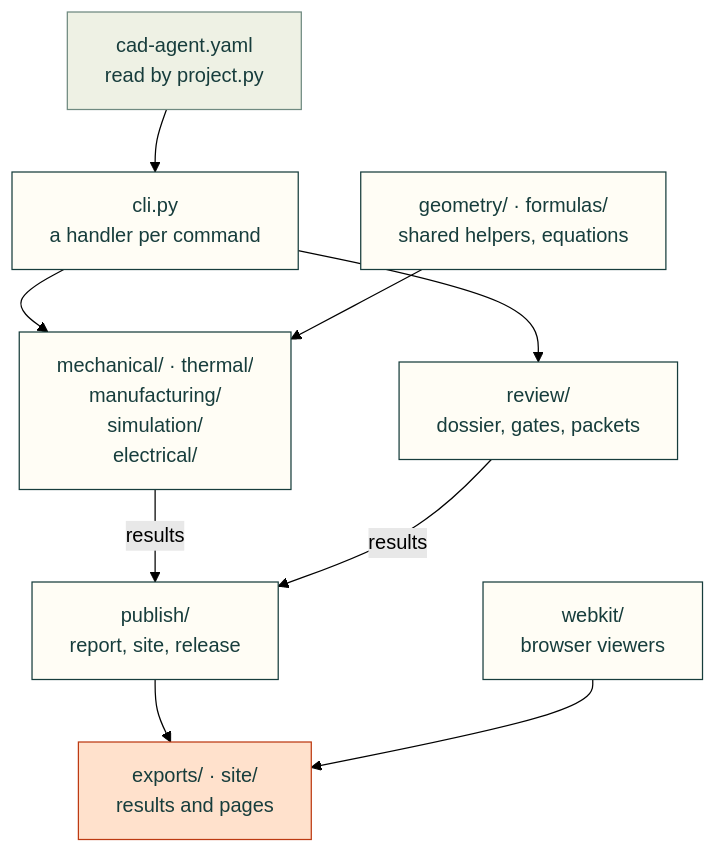
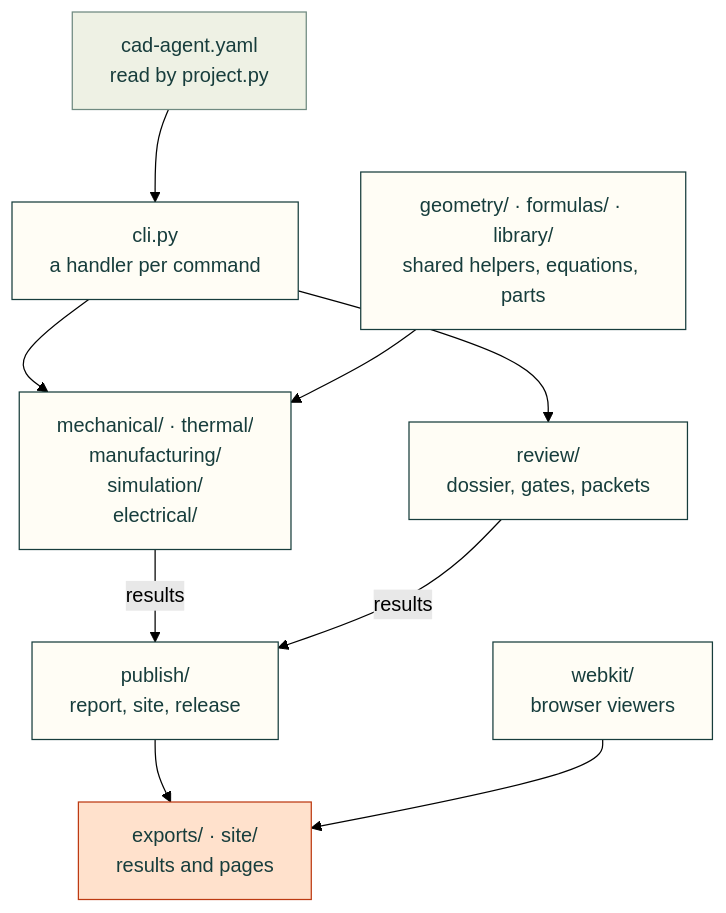
The diagram in src/cadagent/README.md (Valpatel/cad-agent), drawn with Mermaid (forest theme) before and after one commit. The commit also changed other lines of this file and 21 other files, not shown here.

First line of the commit message:
Parts library: KiCad footprints and CadQuery bodies from datasheets, model audit, registration (#287)

````diff
--- a/src/cadagent/README.md
+++ b/src/cadagent/README.md
@@ -12,16 +12,16 @@
 ```mermaid
 flowchart TD
     Y["cad-agent.yaml<br/>read by project.py"] --> CLI["cli.py<br/>a handler per command"]
-    Y ~~~ G["geometry/ · formulas/<br/>shared helpers, equations"]
+    Y ~~~ G["geometry/ · formulas/ · library/<br/>shared helpers, equations, parts"]
     CLI & G --> DOM["mechanical/ · thermal/<br/>manufacturing/<br/>simulation/<br/>electrical/"]
     CLI --> RV["review/<br/>dossier, gates, packets"]
     DOM & RV -->|"results"| P["publish/<br/>report, site, release"]
     RV ~~~ W["webkit/<br/>browser viewers"]
     P & W --> O["exports/ · site/<br/>results and pages"]
     classDef here fill:#fffdf5,stroke:#173d3c,color:#173d3c
     classDef near fill:#eef1e4,stroke:#6f8a80,color:#173d3c
     classDef out fill:#ffe1cc,stroke:#bd3a12,color:#173d3c
     class CLI,G,DOM,RV,P,W here
     class Y near
     class O out
 ```
````
